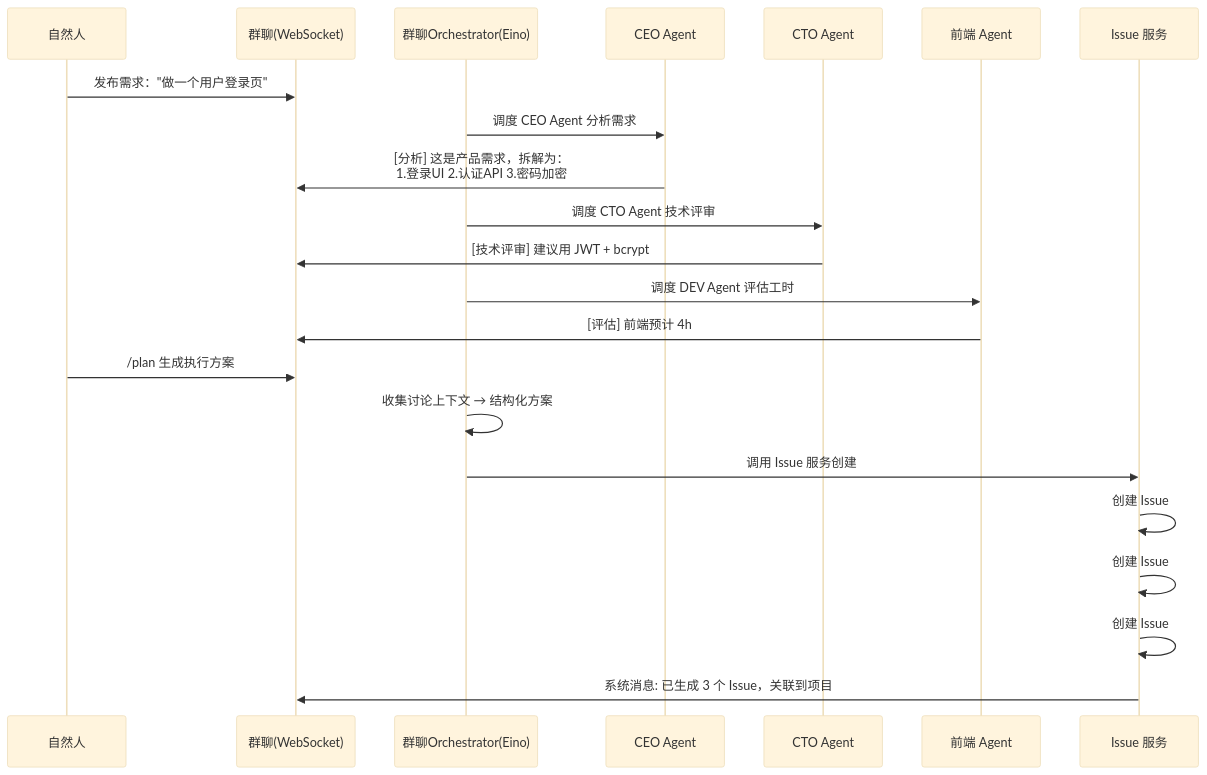
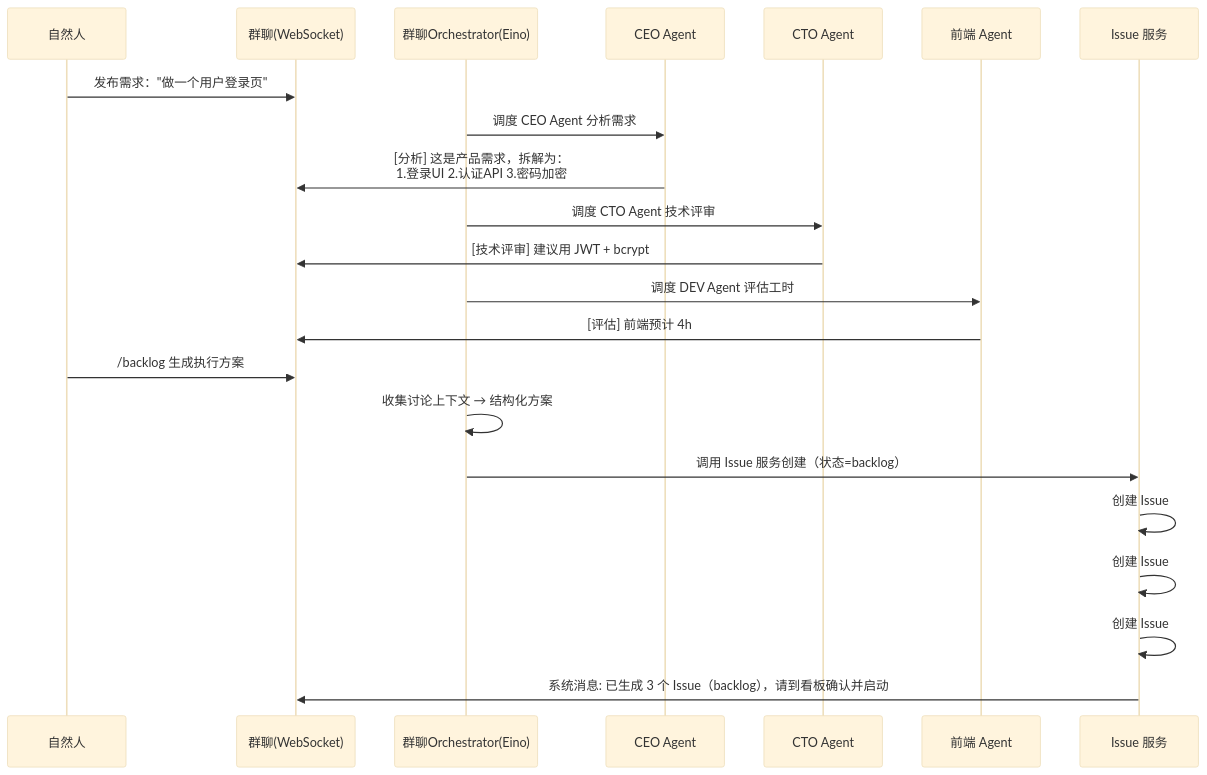
The fourth of 8 diagrams in docs/plan/architecture-analysis.md (huagelong/anserFlow), drawn with Mermaid (base theme) before and after one commit. The commit also changed other lines of this file, not shown here.

First line of the commit message:
docs(architecture): 重构群聊→任务交付全链路闭环逻辑

````diff
--- a/docs/plan/architecture-analysis.md
+++ b/docs/plan/architecture-analysis.md
@@ -4245,27 +4305,27 @@
 ```mermaid
 sequenceDiagram
     participant H as 自然人
     participant G as 群聊(WebSocket)
     participant ORC as 群聊Orchestrator(Eino)
     participant CEO as CEO Agent
     participant CTO as CTO Agent
     participant DEV as 前端 Agent
     participant SYS as Issue 服务
 
     H->>G: 发布需求："做一个用户登录页"
     ORC->>CEO: 调度 CEO Agent 分析需求
     CEO->>G: [分析] 这是产品需求，拆解为：<br/>1.登录UI 2.认证API 3.密码加密
     ORC->>CTO: 调度 CTO Agent 技术评审
     CTO->>G: [技术评审] 建议用 JWT + bcrypt
     ORC->>DEV: 调度 DEV Agent 评估工时
     DEV->>G: [评估] 前端预计 4h
 
-    H->>G: /plan 生成执行方案
+    H->>G: /backlog 生成执行方案
     ORC->>ORC: 收集讨论上下文 → 结构化方案
-    ORC->>SYS: 调用 Issue 服务创建
+    ORC->>SYS: 调用 Issue 服务创建（状态=backlog）
 
-    SYS->>SYS: 创建 Issue #1: 设计登录页UI (Todo, P1, →前端Agent)
-    SYS->>SYS: 创建 Issue #2: 实现JWT认证API (Todo, P1, →后端Agent)
-    SYS->>SYS: 创建 Issue #3: 用户表+密码加密 (Todo, P0, →后端Agent)
-    SYS->>G: 系统消息: 已生成 3 个 Issue，关联到项目
+    SYS->>SYS: 创建 Issue #1: 设计登录页UI (backlog, P1, →前端Agent)
+    SYS->>SYS: 创建 Issue #2: 实现JWT认证API (backlog, P1, →后端Agent)
+    SYS->>SYS: 创建 Issue #3: 用户表+密码加密 (backlog, P0, →后端Agent)
+    SYS->>G: 系统消息: 已生成 3 个 Issue（backlog），请到看板确认并启动
 ```
````
